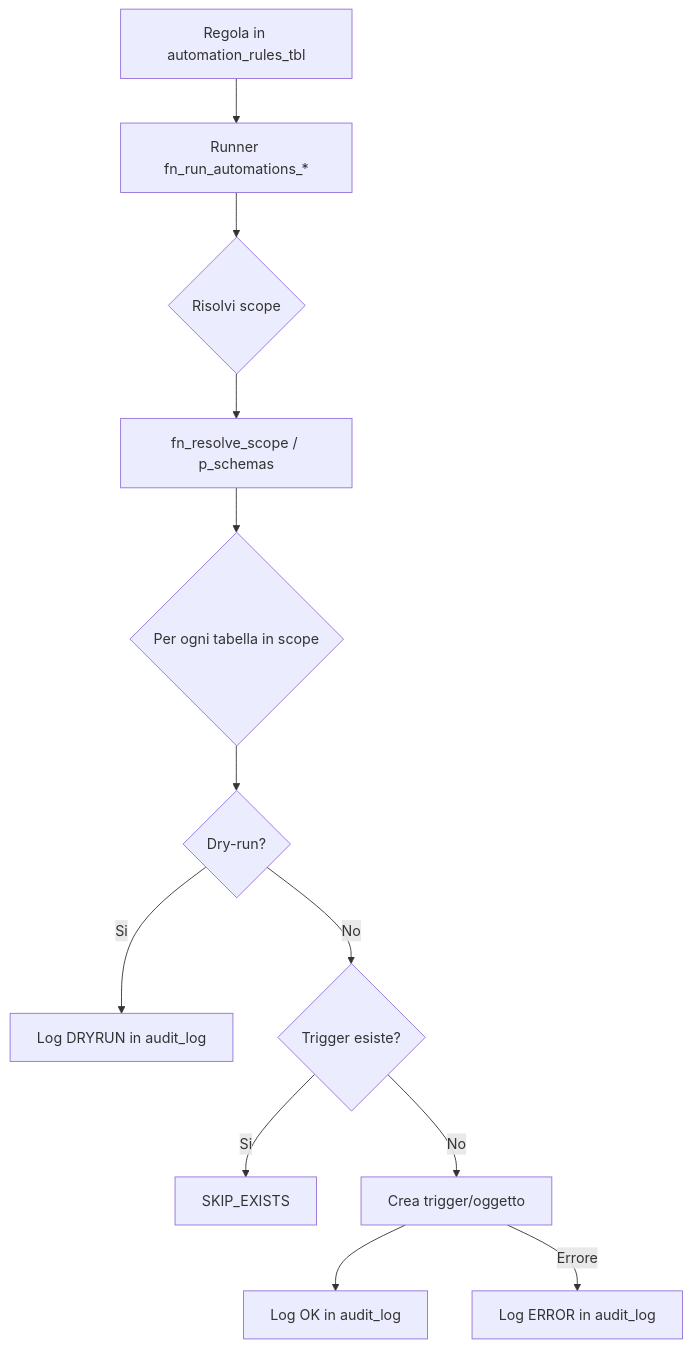
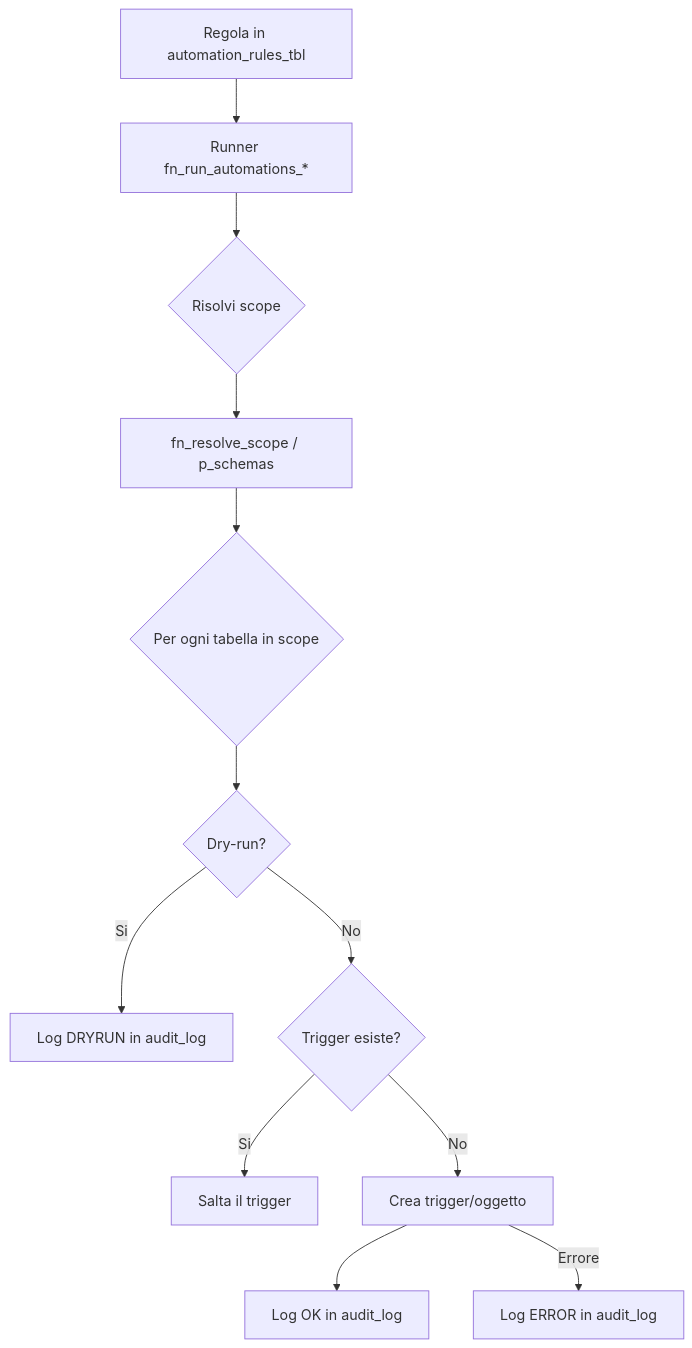
The first of 2 diagrams in docs/it/guide/automazione-db.md (Tito-it/ZeroErp), drawn with Mermaid before and after one commit. The commit also changed other lines of this file and 103 other files, not shown here.

````diff
--- a/docs/it/guide/automazione-db.md
+++ b/docs/it/guide/automazione-db.md
@@ -801,14 +802,14 @@
 ```mermaid
 flowchart TB
     A[Regola in automation_rules_tbl] --> B[Runner fn_run_automations_*]
     B --> C{Risolvi scope}
     C --> D[fn_resolve_scope / p_schemas]
     D --> E{Per ogni tabella in scope}
     E --> F{Dry-run?}
     F -->|Si| G[Log DRYRUN in audit_log]
     F -->|No| H{Trigger esiste?}
-    H -->|Si| I[SKIP_EXISTS]
+    H -->|Si| I[Salta il trigger]
     H -->|No| J[Crea trigger/oggetto]
     J --> K[Log OK in audit_log]
     J -->|Errore| L[Log ERROR in audit_log]
 ```
````
